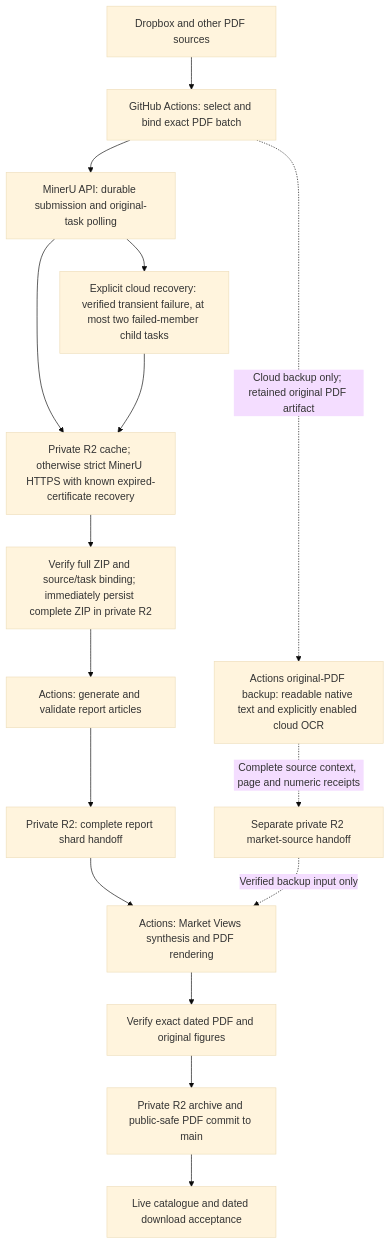
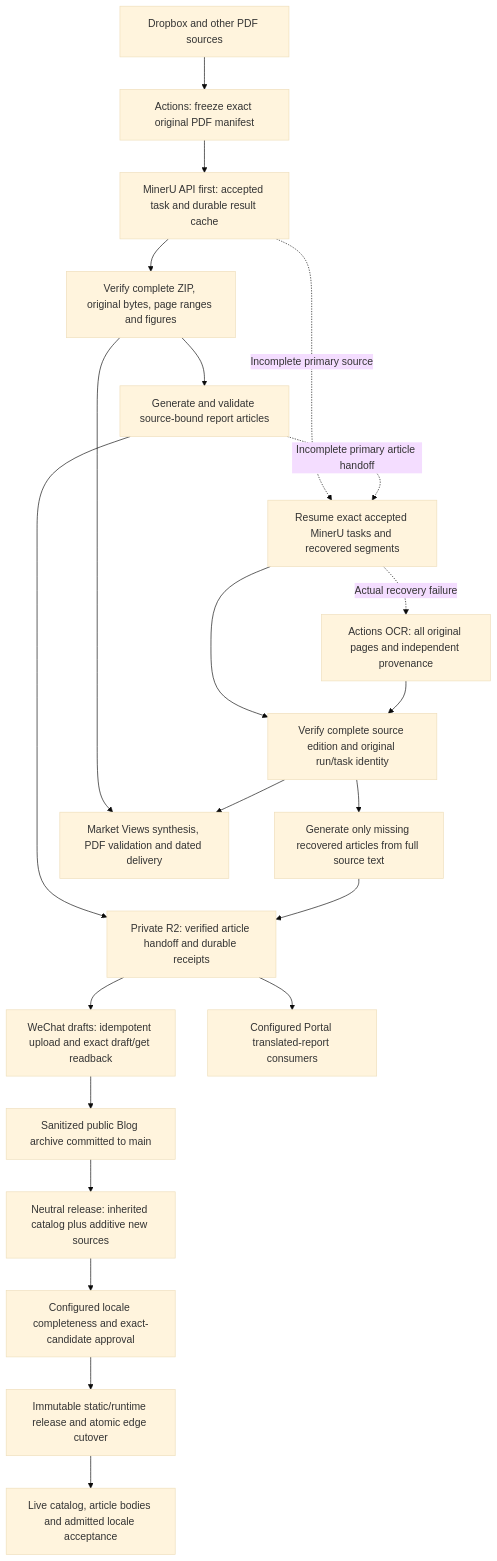
The diagram in docs/pipeline-overview-v2.md (yt-feng/rpt_edit), drawn with Mermaid (base theme) before and after one commit. The commit also changed other lines of this file and 19 other files, not shown here.

````diff
--- a/docs/pipeline-overview-v2.md
+++ b/docs/pipeline-overview-v2.md
@@ -21,18 +23,24 @@
 ```mermaid
 flowchart TD
-  A["Dropbox and other PDF sources"] --> B["GitHub Actions: select and bind exact PDF batch"]
-  B --> C["MinerU API: durable submission and original-task polling"]
-  C --> D["Private R2 cache; otherwise strict MinerU HTTPS with known expired-certificate recovery"]
-  C --> M["Explicit cloud recovery: verified transient failure, at most two failed-member child tasks"]
-  M --> D
-  D --> N["Verify full ZIP and source/task binding; immediately persist complete ZIP in private R2"]
-  N --> E["Actions: generate and validate report articles"]
-  E --> F["Private R2: complete report shard handoff"]
-  F --> G["Actions: Market Views synthesis and PDF rendering"]
-  G --> H["Verify exact dated PDF and original figures"]
-  H --> I["Private R2 archive and public-safe PDF commit to main"]
-  I --> J["Live catalogue and dated download acceptance"]
-  B -. "Cloud backup only; retained original PDF artifact" .-> K["Actions original-PDF backup: readable native text and explicitly enabled cloud OCR"]
-  K -. "Complete source context, page and numeric receipts" .-> L["Separate private R2 market-source handoff"]
-  L -. "Verified backup input only" .-> G
+  A["Dropbox and other PDF sources"] --> B["Actions: freeze exact original PDF manifest"]
+  B --> C["MinerU API first: accepted task and durable result cache"]
+  C --> D["Verify complete ZIP, original bytes, page ranges and figures"]
+  D --> E["Generate and validate source-bound report articles"]
+  C -. "Incomplete primary source" .-> R["Resume exact accepted MinerU tasks and recovered segments"]
+  E -. "Incomplete primary article handoff" .-> R
+  R --> V["Verify complete source edition and original run/task identity"]
+  R -. "Actual recovery failure" .-> O["Actions OCR: all original pages and independent provenance"]
+  O --> V
+  V --> Q["Generate only missing recovered articles from full source text"]
+  E --> F["Private R2: verified article handoff and durable receipts"]
+  Q --> F
+  F --> W["WeChat drafts: idempotent upload and exact draft/get readback"]
+  F --> T["Configured Portal translated-report consumers"]
+  W --> H["Sanitized public Blog archive committed to main"]
+  D --> M["Market Views synthesis, PDF validation and dated delivery"]
+  V --> M
+  H --> N["Neutral release: inherited catalog plus additive new sources"]
+  N --> L["Configured locale completeness and exact-candidate approval"]
+  L --> S["Immutable static/runtime release and atomic edge cutover"]
+  S --> U["Live catalog, article bodies and admitted locale acceptance"]
 ```
````
